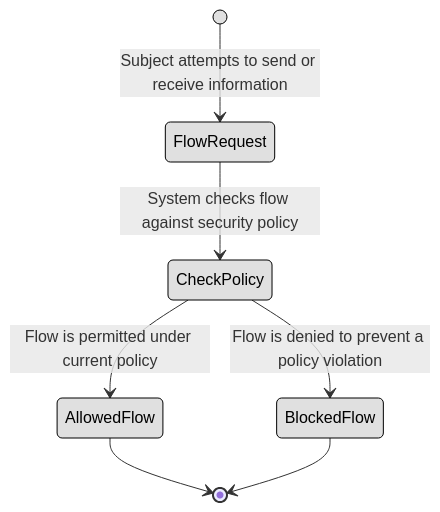
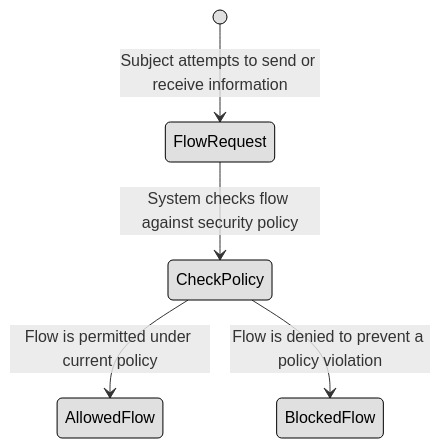
One commit to lorenzoleonelli/CISSP-Zero-to-Hero changed the third of 3 diagrams in DOMAIN3: Security Architecture and Engineering/3.02 Understand the fundamental concepts of security models (e.g. Biba, STar Model, Bell Lapadula).md. Above: the diagram before and after it, drawn with Mermaid.

Commit message:
Update 3.02 Understand the fundamental concepts of security models (e.g. Biba, STar Model, Bell Lapadula).md

````diff
--- a/DOMAIN3: Security Architecture and Engineering/3.02 Understand the fundamental concepts of security models (e.g. Biba, STar Model, Bell Lapadula).md
+++ b/DOMAIN3: Security Architecture and Engineering/3.02 Understand the fundamental concepts of security models (e.g. Biba, STar Model, Bell Lapadula).md
@@ -82,12 +82,10 @@
 ```mermaid
 stateDiagram-v2
     [*] --> FlowRequest: Subject attempts to send or receive information
     FlowRequest --> CheckPolicy: System checks flow against security policy
     CheckPolicy --> AllowedFlow: Flow is permitted under current policy
     CheckPolicy --> BlockedFlow: Flow is denied to prevent a policy violation
-    AllowedFlow --> [*]
-    BlockedFlow --> [*]
 
     classDef center fill:#ffffff,color:#000000,stroke:#000000,stroke-width:1px,font-weight:bold
     classDef node fill:#e0e0e0,color:#000000,stroke:#000000,stroke-width:1px
 ```
````
